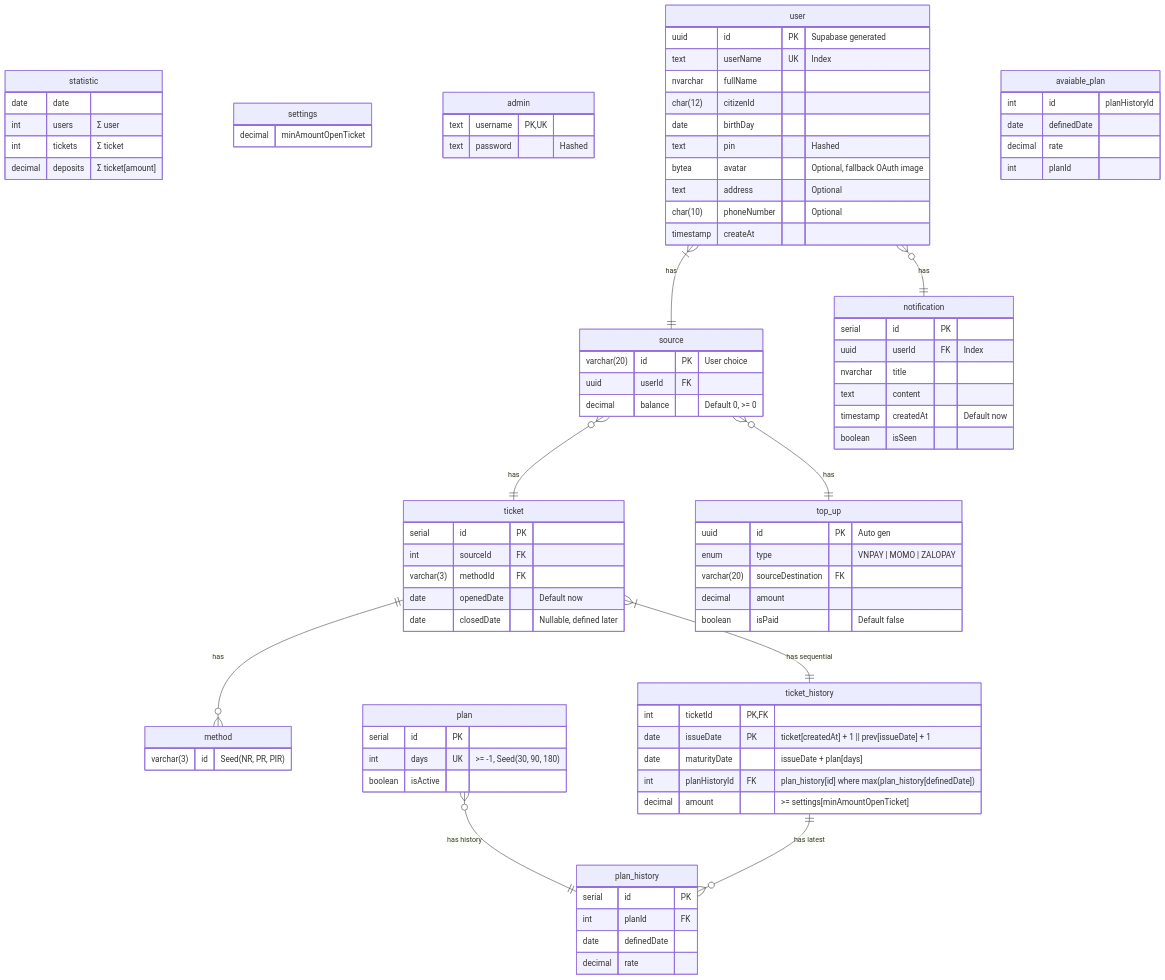
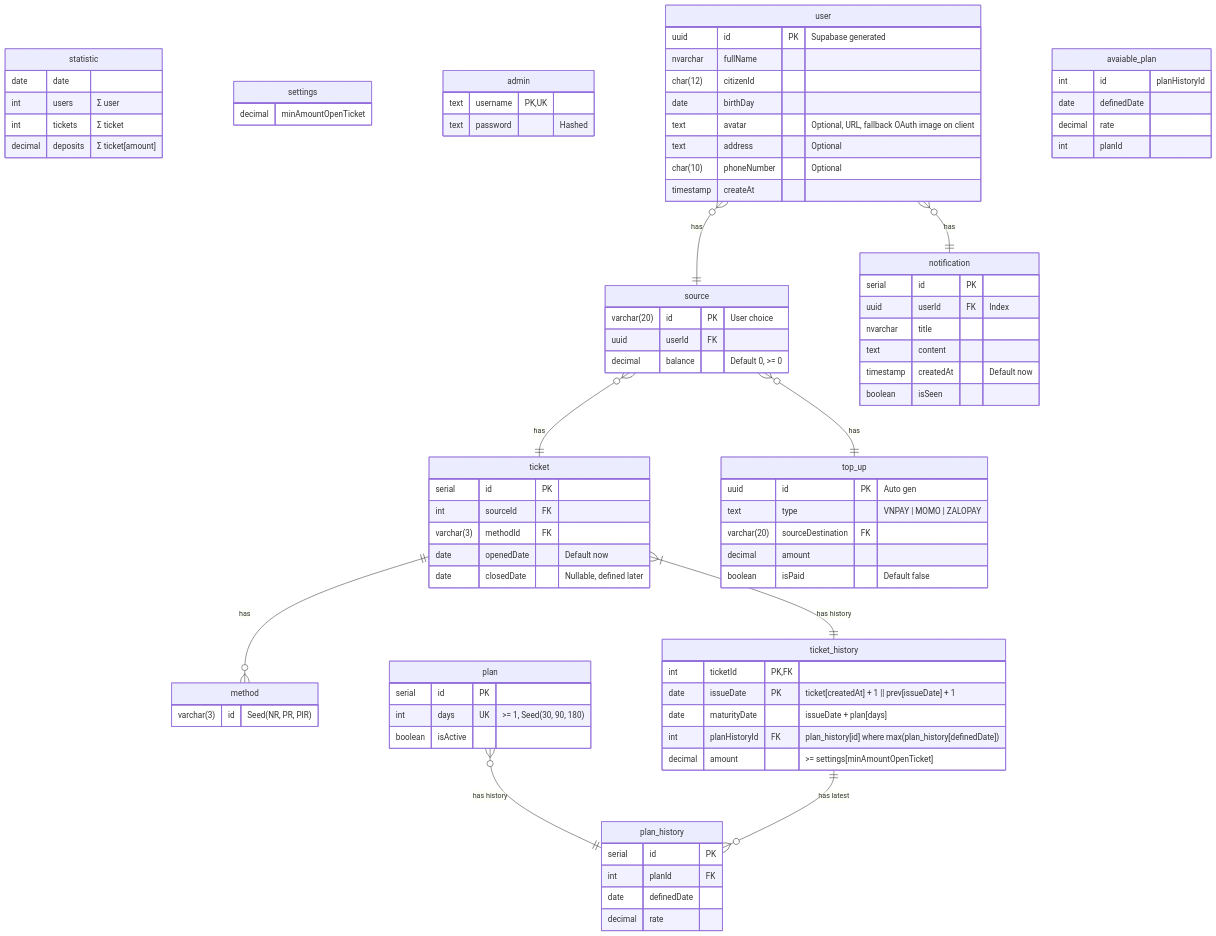
Before and after one commit to coinhub-uit/coinhub-uit.github.io: the diagram in docs/diagrams/database.md, drawn with Mermaid.

Commit message:
feat(database): no user pin, no enum

```diff
--- a/docs/diagrams/database.md
+++ b/docs/diagrams/database.md
@@ -24,12 +24,10 @@
 
   user {
     uuid id PK "Supabase generated"
-    text userName UK "Index"
     nvarchar fullName
     char(12) citizenId
     date birthDay
-    text pin "Hashed"
-    bytea avatar "Optional, fallback OAuth image"
+    text avatar "Optional, URL, fallback OAuth image on client"
     text address "Optional"
     char(10) phoneNumber "Optional"
     timestamp createAt
@@ -70,7 +68,7 @@
 
   plan {
     serial id PK
-    int days UK ">= -1, Seed(30, 90, 180)"
+    int days UK ">= 1, Seed(30, 90, 180)"
     boolean isActive
   }
 
@@ -92,17 +90,17 @@
 
   top_up {
     uuid id PK "Auto gen"
-    enum type "VNPAY | MOMO | ZALOPAY"
+    text type "VNPAY | MOMO | ZALOPAY"
     varchar(20) sourceDestination FK
     decimal amount
     boolean isPaid "Default false"
   }
 
   user }o--|| notification : "has"
-  user }|--|| source : "has"
+  user }o--|| source : "has"
   source }o--|| ticket : "has"
   ticket ||--o{ method : "has"
-  ticket }|--|| ticket_history : "has sequential"
+  ticket }|--|| ticket_history : "has history"
   plan }o--|| plan_history : "has history"
   ticket_history ||--}o plan_history : "has latest"
   source }o--|| top_up : "has"
```
